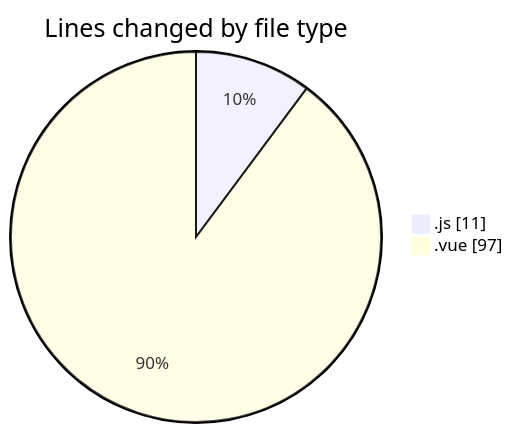
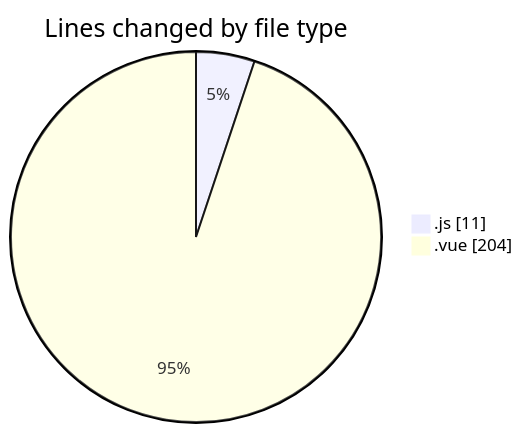
Before and after one commit to jcpc91/code-tracking: the first of 2 diagrams in 2025-05-07/cancelacionsegurosvida/README.md, drawn with Mermaid. The commit also changed other lines of this file and 1 other file, not shown here.

````diff
--- a/2025-05-07/cancelacionsegurosvida/README.md
+++ b/2025-05-07/cancelacionsegurosvida/README.md
@@ -21,6 +21,6 @@
 ```mermaid
 pie showData
 title Lines changed by file type
 ".js" : 11
-".vue" : 97
+".vue" : 204
 ```
````
